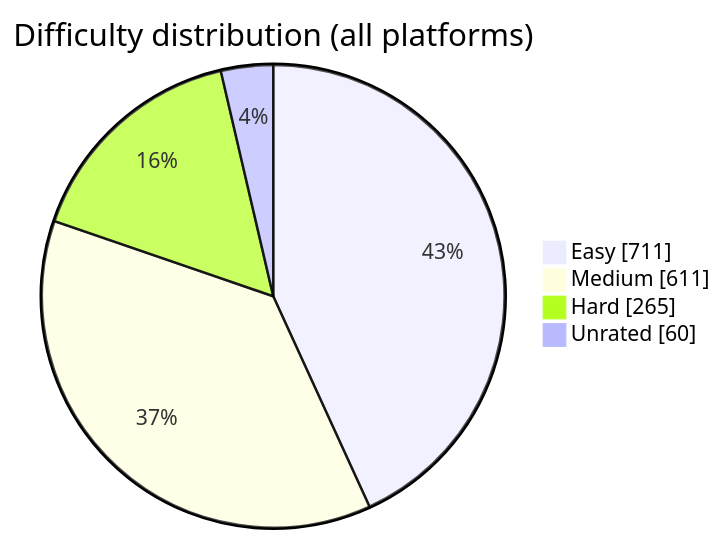
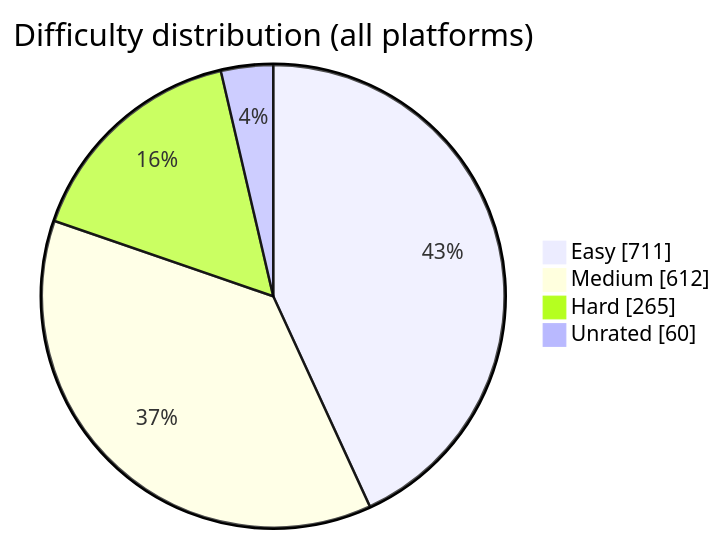
The diagram in README.md (BuildbyArindam/Daily-Coding-Log), drawn with Mermaid before and after one commit. The commit also changed other lines of this file, not shown here.

````diff
--- a/README.md
+++ b/README.md
@@ -93,7 +93,7 @@
 ```mermaid
 pie showData title Difficulty distribution (all platforms)
     "Easy" : 711
-    "Medium" : 611
+    "Medium" : 612
     "Hard" : 265
     "Unrated" : 60
 ```
````
